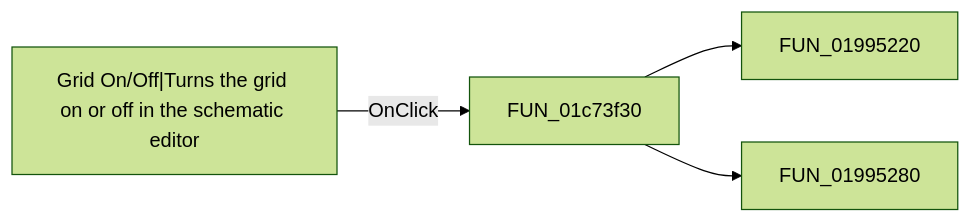
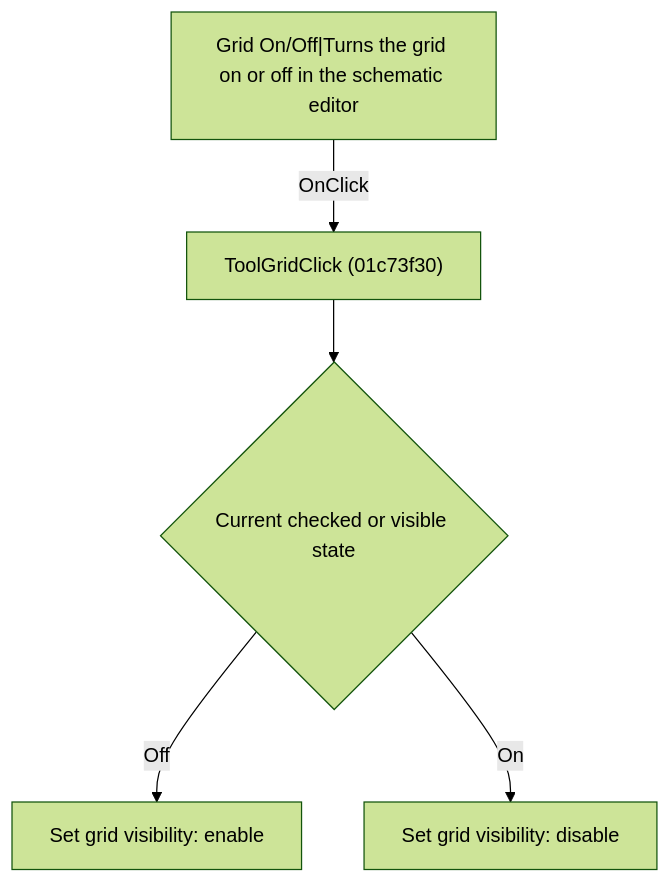
The diagram in docs/ui-controls/schematiceditor/toolgrid-a03a11f1f9.md (MovGP0/TIARA), drawn with Mermaid (forest theme) before and after one commit. The commit also changed other lines of this file and 1062 other files, not shown here.

````diff
--- a/docs/ui-controls/schematiceditor/toolgrid-a03a11f1f9.md
+++ b/docs/ui-controls/schematiceditor/toolgrid-a03a11f1f9.md
@@ -27,6 +27,7 @@
 ```mermaid
-flowchart LR
-    control["Grid On/Off|Turns the grid on or off in the schematic editor"] -->|OnClick| handler["FUN_01c73f30"]
-    handler --> call1["FUN_01995220"]
-    handler --> call2["FUN_01995280"]
+flowchart TD
+    control["Grid On/Off|Turns the grid on or off in the schematic editor"] -->|"OnClick"| handler["ToolGridClick (01c73f30)"]
+    handler --> current{"Current checked or visible state"}
+    current -->|"Off"| enable["Set grid visibility: enable"]
+    current -->|"On"| disable["Set grid visibility: disable"]
 ```
````
